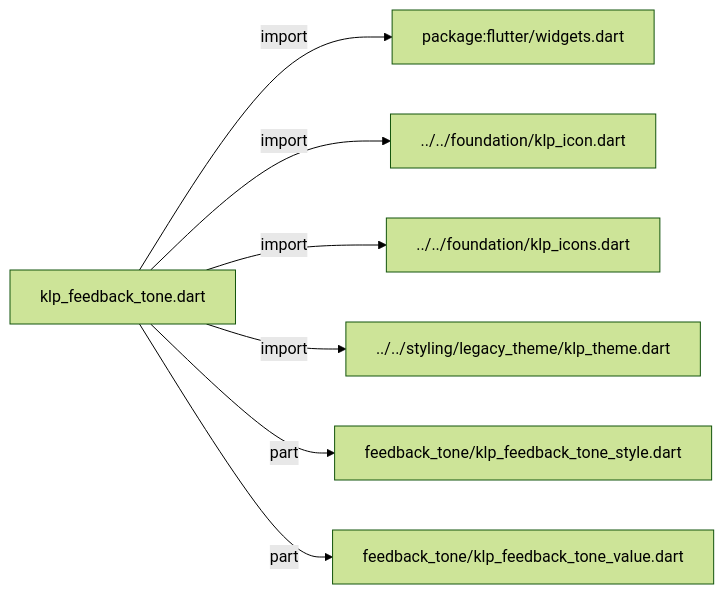
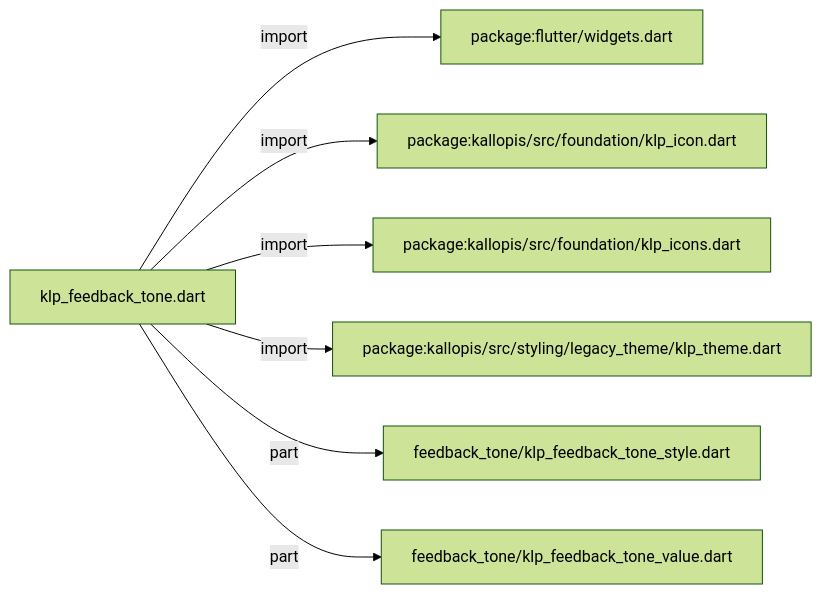
One commit to MiuDog/Kallopis changed the diagram in docs/architecture/src/features/feedback/klp_feedback_tone.md. Above: the diagram before and after it, drawn with Mermaid (forest theme). The commit also changed other lines of this file and 9688 other files, not shown here.

Commit message:
Prepare isolated Flow F2 peer baseline

````diff
--- a/docs/architecture/src/features/feedback/klp_feedback_tone.md
+++ b/docs/architecture/src/features/feedback/klp_feedback_tone.md
@@ -11,16 +11,16 @@
 ```mermaid
 flowchart LR
 	n0["klp_feedback_tone.dart"]
 	n1["package:flutter/widgets.dart"]
-	n2["../../foundation/klp_icon.dart"]
-	n3["../../foundation/klp_icons.dart"]
-	n4["../../styling/legacy_theme/klp_theme.dart"]
+	n2["package:kallopis/src/foundation/klp_icon.dart"]
+	n3["package:kallopis/src/foundation/klp_icons.dart"]
+	n4["package:kallopis/src/styling/legacy_theme/klp_theme.dart"]
 	n5["feedback_tone/klp_feedback_tone_style.dart"]
 	n6["feedback_tone/klp_feedback_tone_value.dart"]
 	n0 -->|"import"| n1
 	n0 -->|"import"| n2
 	n0 -->|"import"| n3
 	n0 -->|"import"| n4
 	n0 -->|"part"| n5
 	n0 -->|"part"| n6
 ```
````
